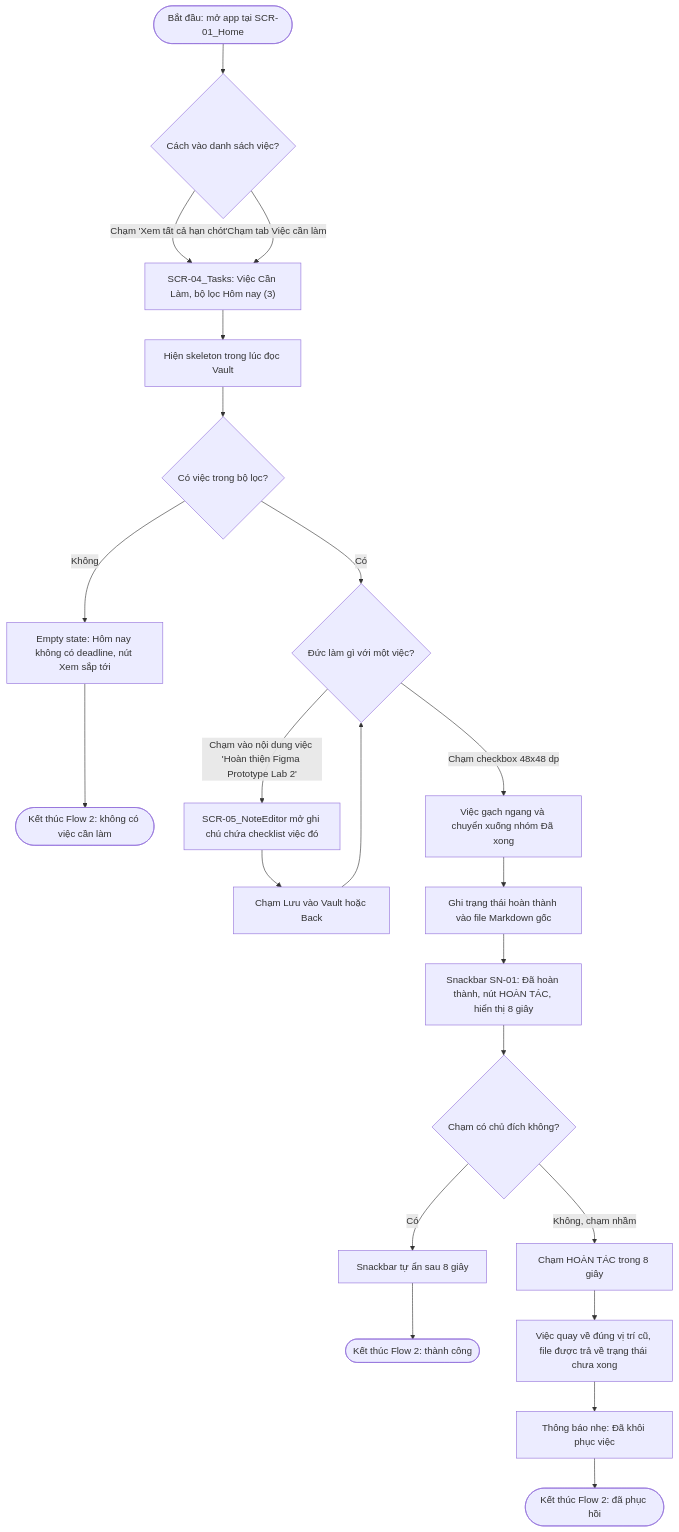
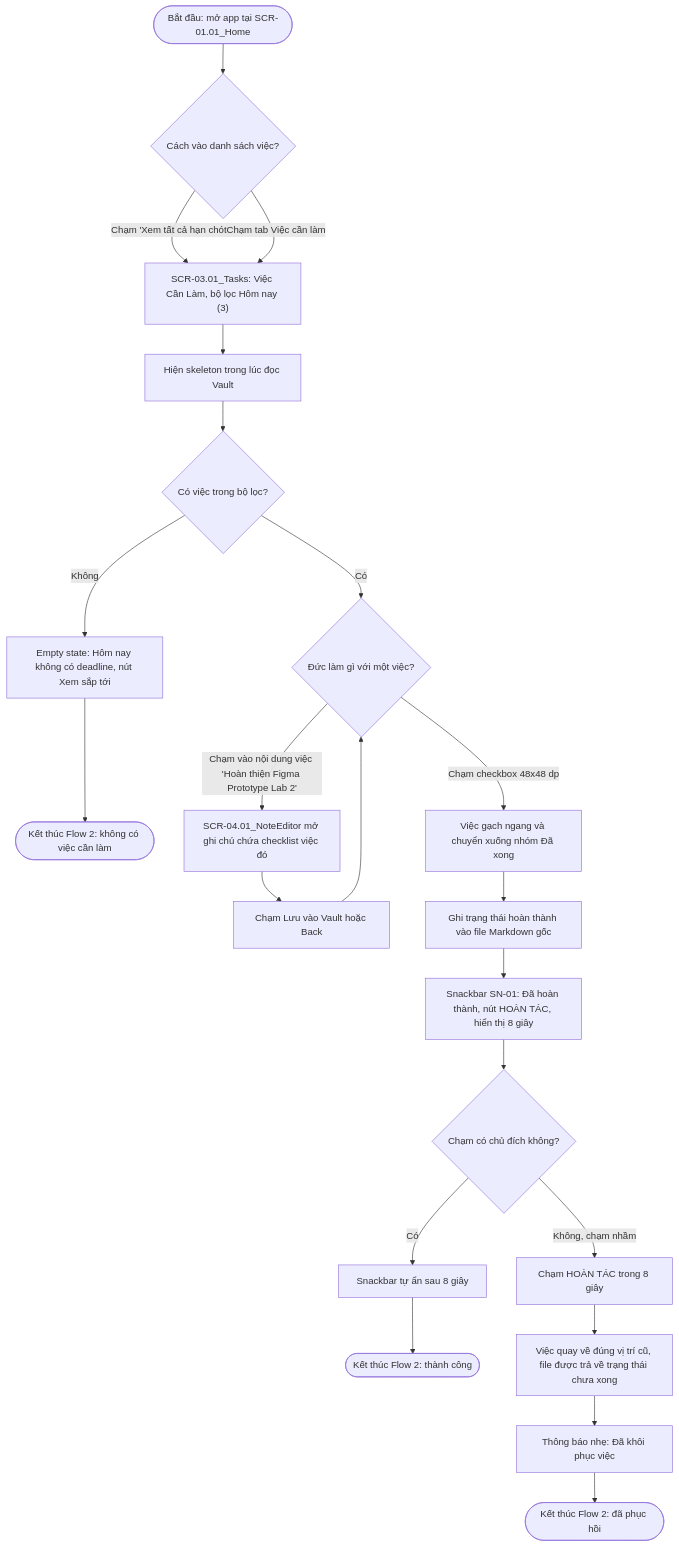
Before and after one commit to quanglong68/prm323-lab2-gr6: the second of 4 diagrams in ux/user-flow.md, drawn with Mermaid. The commit also changed other lines of this file, not shown here.

````diff
--- a/ux/user-flow.md
+++ b/ux/user-flow.md
@@ -134,24 +134,24 @@
 ```mermaid
 flowchart TD
-    Start(["Bắt đầu: mở app tại SCR-01_Home"]) --> Entry{"Cách vào danh sách việc?"}
-    Entry -->|Chạm 'Xem tất cả hạn chót'| ToTasks["SCR-04_Tasks: Việc Cần Làm, bộ lọc Hôm nay (3)"]
+    Start(["Bắt đầu: mở app tại SCR-01.01_Home"]) --> Entry{"Cách vào danh sách việc?"}
+    Entry -->|Chạm 'Xem tất cả hạn chót'| ToTasks["SCR-03.01_Tasks: Việc Cần Làm, bộ lọc Hôm nay (3)"]
     Entry -->|Chạm tab Việc cần làm| ToTasks
     ToTasks --> Loading["Hiện skeleton trong lúc đọc Vault"]
     Loading --> HasTasks{"Có việc trong bộ lọc?"}
     HasTasks -->|Không| EmptyState["Empty state: Hôm nay không có deadline, nút Xem sắp tới"]
     EmptyState --> EndEmpty(["Kết thúc Flow 2: không có việc cần làm"])
     HasTasks -->|Có| Pick{"Đức làm gì với một việc?"}
-    Pick -->|Chạm vào nội dung việc 'Hoàn thiện Figma Prototype Lab 2'| OpenFile["SCR-05_NoteEditor mở ghi chú chứa checklist việc đó"]
+    Pick -->|Chạm vào nội dung việc 'Hoàn thiện Figma Prototype Lab 2'| OpenFile["SCR-04.01_NoteEditor mở ghi chú chứa checklist việc đó"]
     OpenFile --> BackList["Chạm Lưu vào Vault hoặc Back"]
     BackList --> Pick
     Pick -->|Chạm checkbox 48x48 dp| Done["Việc gạch ngang và chuyển xuống nhóm Đã xong"]
     Done --> Write["Ghi trạng thái hoàn thành vào file Markdown gốc"]
     Write --> Snack["Snackbar SN-01: Đã hoàn thành, nút HOÀN TÁC, hiển thị 8 giây"]
     Snack --> Intent{"Chạm có chủ đích không?"}
     Intent -->|Có| Auto["Snackbar tự ẩn sau 8 giây"]
     Auto --> EndOk(["Kết thúc Flow 2: thành công"])
     Intent -->|Không, chạm nhầm| Undo["Chạm HOÀN TÁC trong 8 giây"]
     Undo --> Restore["Việc quay về đúng vị trí cũ, file được trả về trạng thái chưa xong"]
     Restore --> Toast["Thông báo nhẹ: Đã khôi phục việc"]
     Toast --> EndRecover(["Kết thúc Flow 2: đã phục hồi"])
 ```
````
